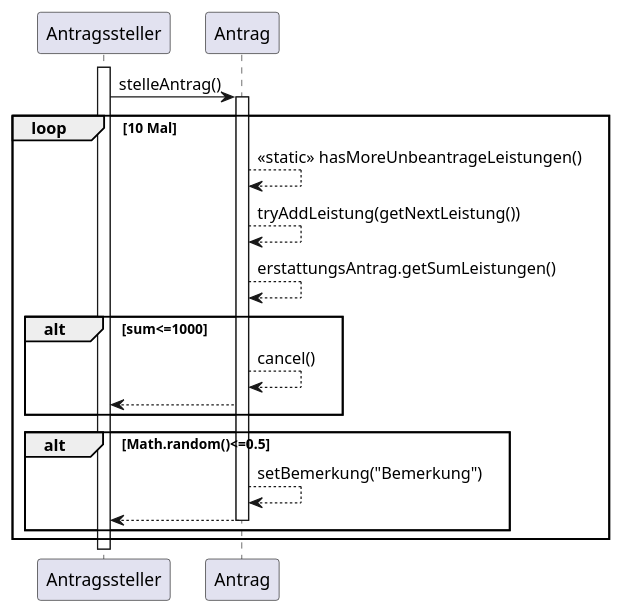
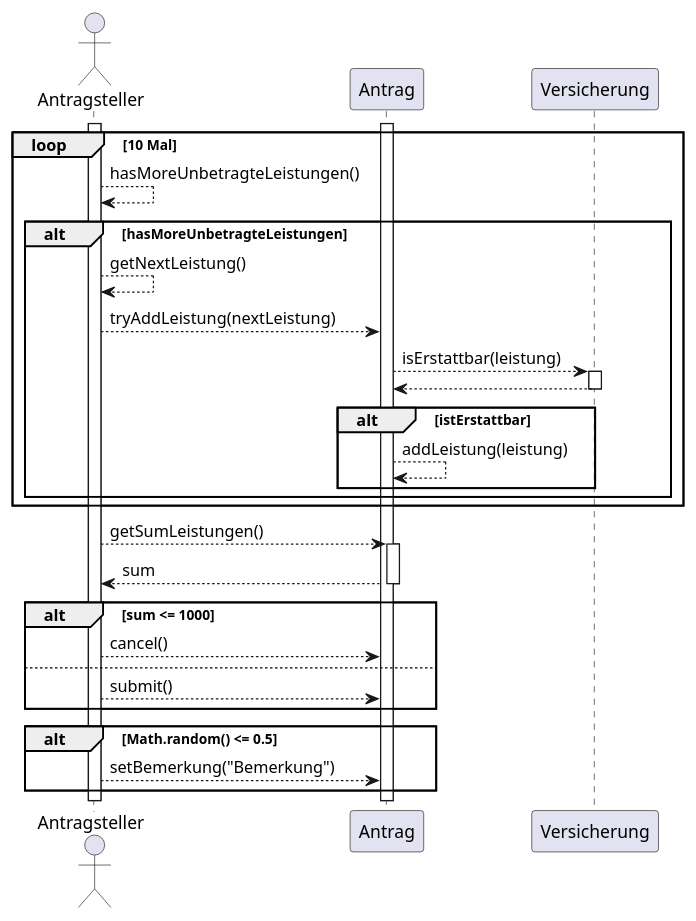
Before and after one commit to K1ntsugi/SoftwareEngineering_2_Vinf5: the diagram in uebung/1/a8.plantuml, drawn with PlantUML. The commit also changed 2 other files, not shown here.

```diff
--- a/uebung/1/a8.plantuml
+++ b/uebung/1/a8.plantuml
@@ -1,21 +1,38 @@
 @startuml bungseinheit 1 Aufgabe 8
 
-activate Antragssteller
-Antragssteller -> Antrag : stelleAntrag()
+actor Antragsteller
+participant Antrag
+participant Versicherung
+
+activate Antragsteller
 activate Antrag
+
 loop 10 Mal
-    Antrag --> Antrag : <<static>> hasMoreUnbeantrageLeistungen()
-    Antrag --> Antrag : tryAddLeistung(getNextLeistung())
-    Antrag --> Antrag : erstattungsAntrag.getSumLeistungen()
-    alt sum<=1000
-        Antrag --> Antrag : cancel()
-        Antrag --> Antragssteller
+    Antragsteller --> Antragsteller : hasMoreUnbetragteLeistungen()
+    alt hasMoreUnbetragteLeistungen
+        Antragsteller --> Antragsteller : getNextLeistung()
+        Antragsteller --> Antrag : tryAddLeistung(nextLeistung)
+        Antrag --> Versicherung : isErstattbar(leistung)
+        activate Versicherung
+        return
+        deactivate Versicherung
+        alt istErstattbar
+            Antrag --> Antrag : addLeistung(leistung)
+        end
     end
+end
 
+Antragsteller --> Antrag : getSumLeistungen()
 activate Antrag
-    alt Math.random()<=0.5
-        Antrag --> Antrag : setBemerkung("Bemerkung")
-        return
-    end
-end 
+return sum
+
+alt sum <= 1000
+    Antragsteller --> Antrag : cancel()
+else
+    Antragsteller --> Antrag : submit()
+end
+
+alt Math.random() <= 0.5
+    Antragsteller --> Antrag : setBemerkung("Bemerkung")
+end
 @enduml
```
